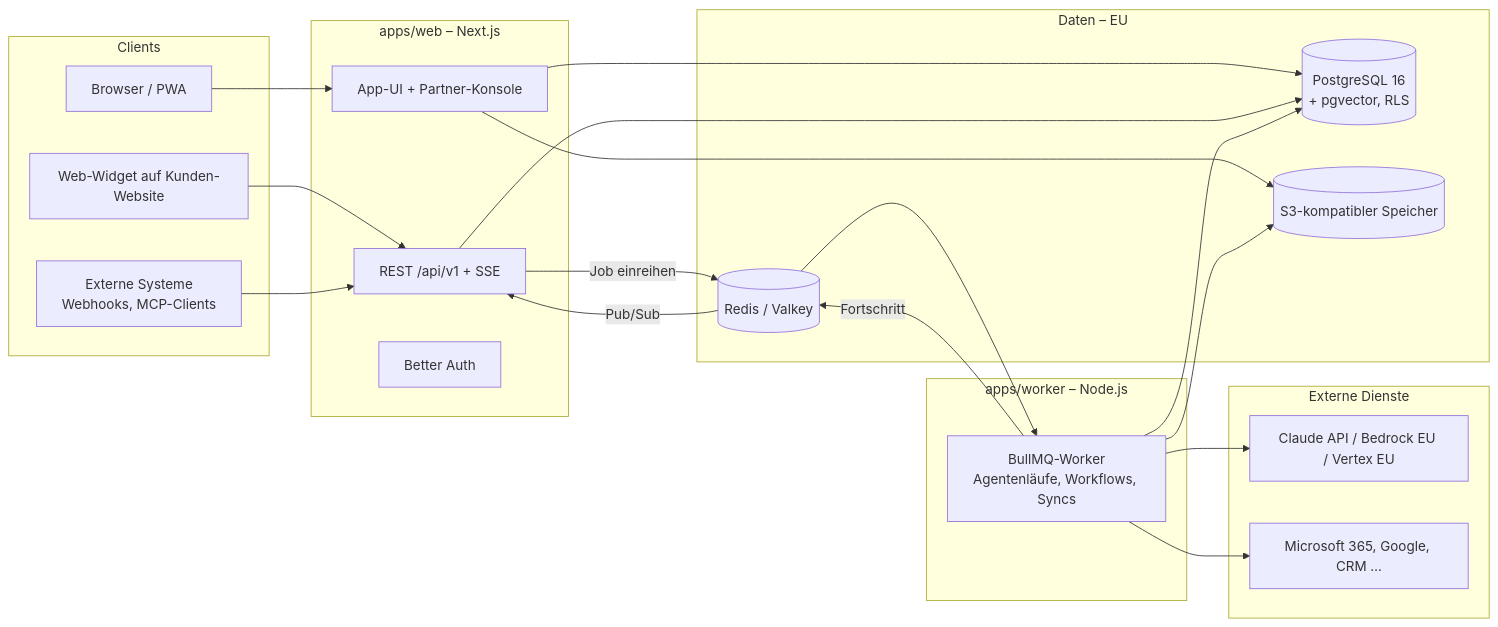
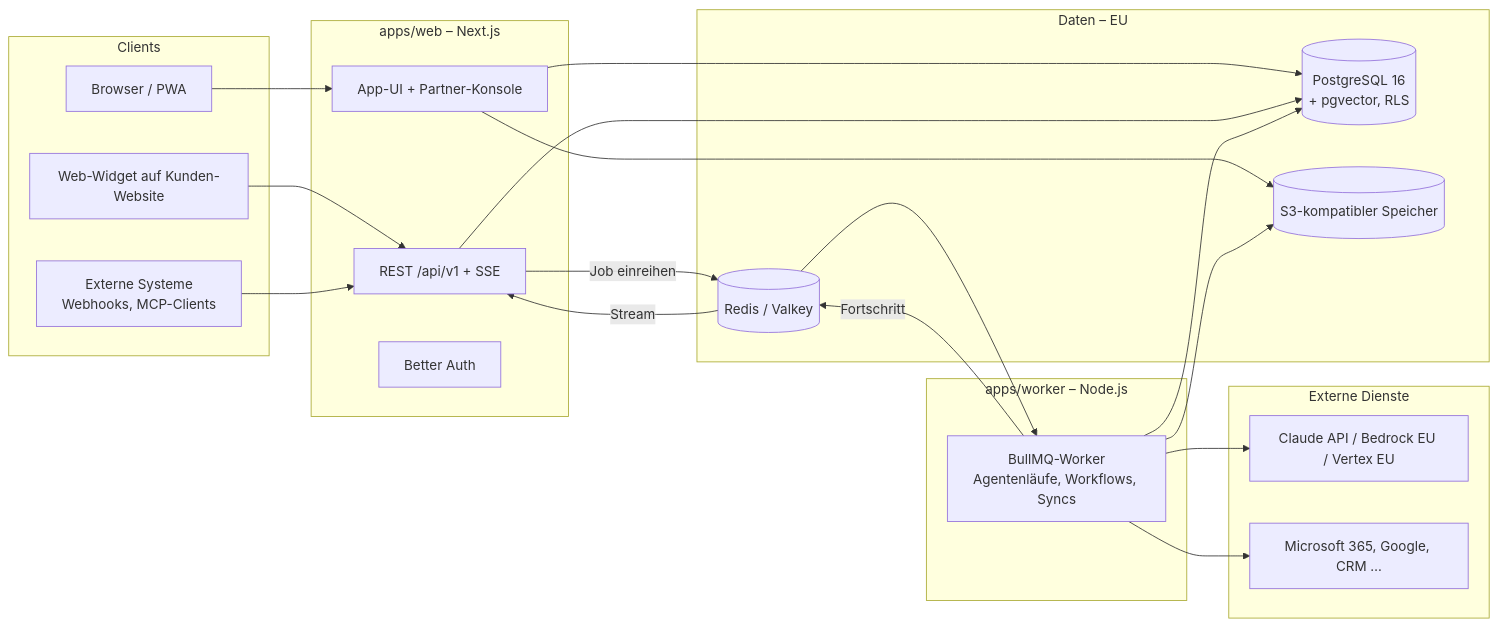
The first of 2 diagrams in docs/ARCHITECTURE.md (officemeitat-ui/new), drawn with Mermaid before and after one commit. The commit also changed other lines of this file and 50 other files, not shown here.

````diff
--- a/docs/ARCHITECTURE.md
+++ b/docs/ARCHITECTURE.md
@@ -7,44 +7,44 @@
 ```mermaid
 flowchart LR
   subgraph Clients
     B[Browser / PWA]
     W[Web-Widget auf Kunden-Website]
     X[Externe Systeme<br/>Webhooks, MCP-Clients]
   end
 
   subgraph apps/web [apps/web – Next.js]
     UI[App-UI + Partner-Konsole]
     API[REST /api/v1 + SSE]
     AUTH[Better Auth]
   end
 
   subgraph apps/worker [apps/worker – Node.js]
     Q[BullMQ-Worker<br/>Agentenläufe, Workflows, Syncs]
   end
 
   subgraph Daten [Daten – EU]
     PG[(PostgreSQL 16<br/>+ pgvector, RLS)]
     R[(Redis / Valkey)]
     S3[(S3-kompatibler Speicher)]
   end
 
   subgraph Extern [Externe Dienste]
     LLM[Claude API / Bedrock EU / Vertex EU]
     INT[Microsoft 365, Google, CRM …]
   end
 
   B --> UI
   W --> API
   X --> API
   UI --> PG
   API --> PG
   API -- Job einreihen --> R
   R --> Q
   Q --> PG
   Q --> LLM
   Q --> INT
   Q -- Fortschritt --> R
-  R -- Pub/Sub --> API
+  R -- Stream --> API
   UI --> S3
   Q --> S3
 ```
````
